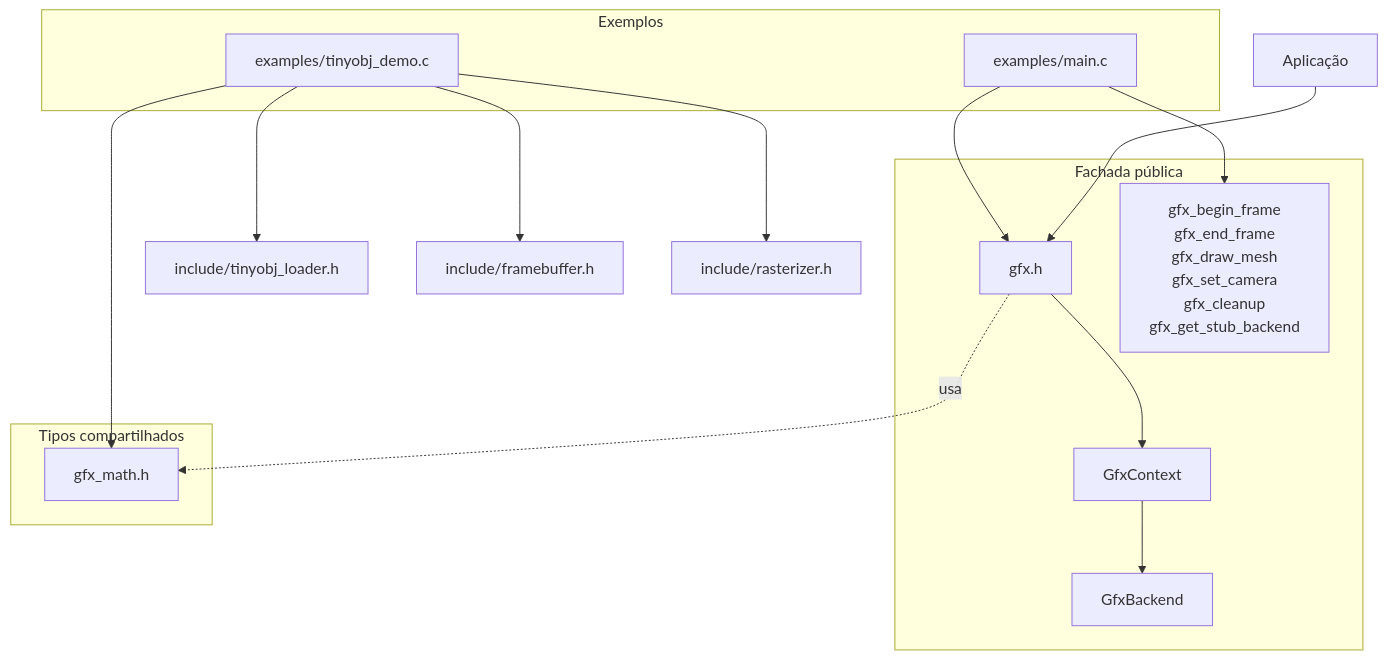
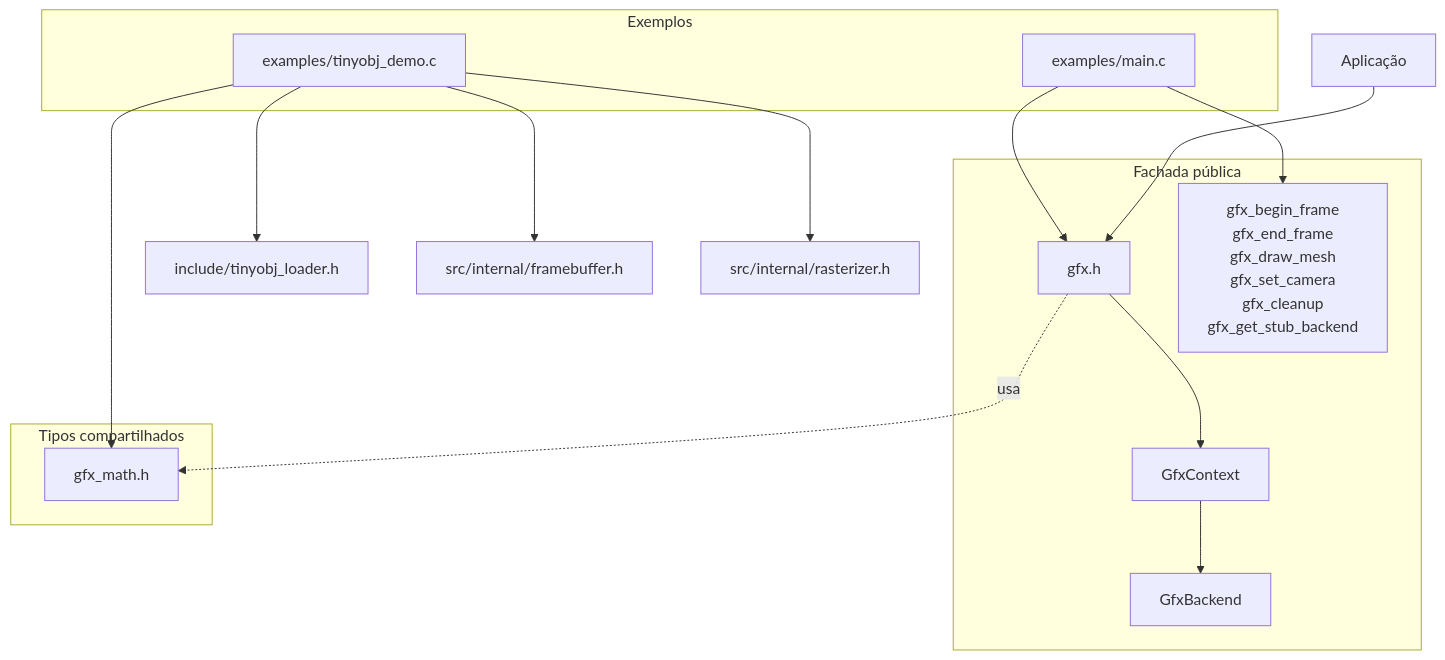
The first of 4 diagrams in README.md (Gabryel-lima/gfx), drawn with Mermaid before and after one commit. The commit also changed other lines of this file and 22 other files, not shown here.

First line of the commit message:
Refactor graphics module structure and add new functionalities

````diff
--- a/README.md
+++ b/README.md
@@ -37,31 +36,31 @@
 ```mermaid
 flowchart TD
   app[Aplicação]
 
   subgraph Public["Fachada pública"]
     gfxh[gfx.h]
     ctx[GfxContext]
     backend[GfxBackend]
     api[gfx_begin_frame<br/>gfx_end_frame<br/>gfx_draw_mesh<br/>gfx_set_camera<br/>gfx_cleanup<br/>gfx_get_stub_backend]
   end
 
   subgraph Shared["Tipos compartilhados"]
     math[gfx_math.h]
   end
 
   subgraph Samples["Exemplos"]
     demo1[examples/main.c]
     demo2[examples/tinyobj_demo.c]
   end
 
   app --> gfxh
   gfxh --> ctx
   ctx --> backend
   gfxh -. usa .-> math
   demo1 --> gfxh
   demo1 --> api
   demo2 --> math
   demo2 --> tinyobj[include/tinyobj_loader.h]
-  demo2 --> fb[include/framebuffer.h]
-  demo2 --> rast[include/rasterizer.h]
+  demo2 --> fb[src/internal/framebuffer.h]
+  demo2 --> rast[src/internal/rasterizer.h]
 ```
````
